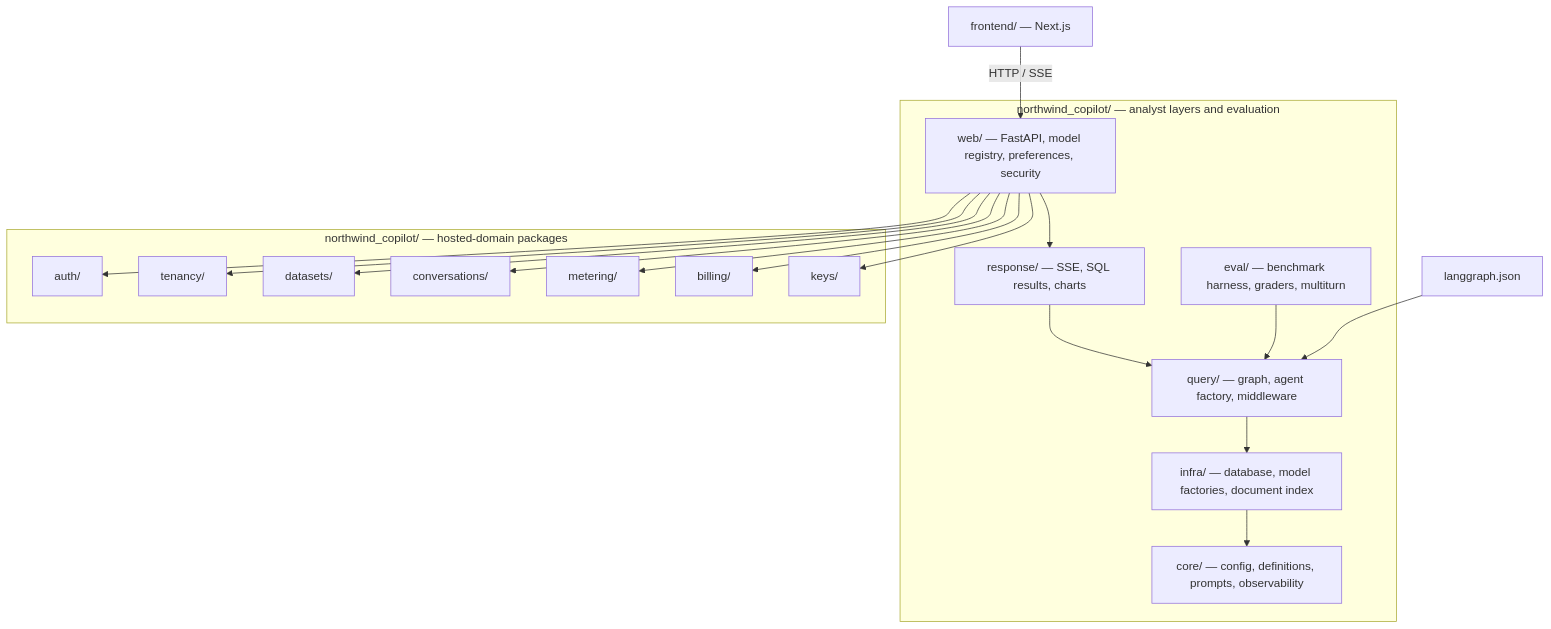
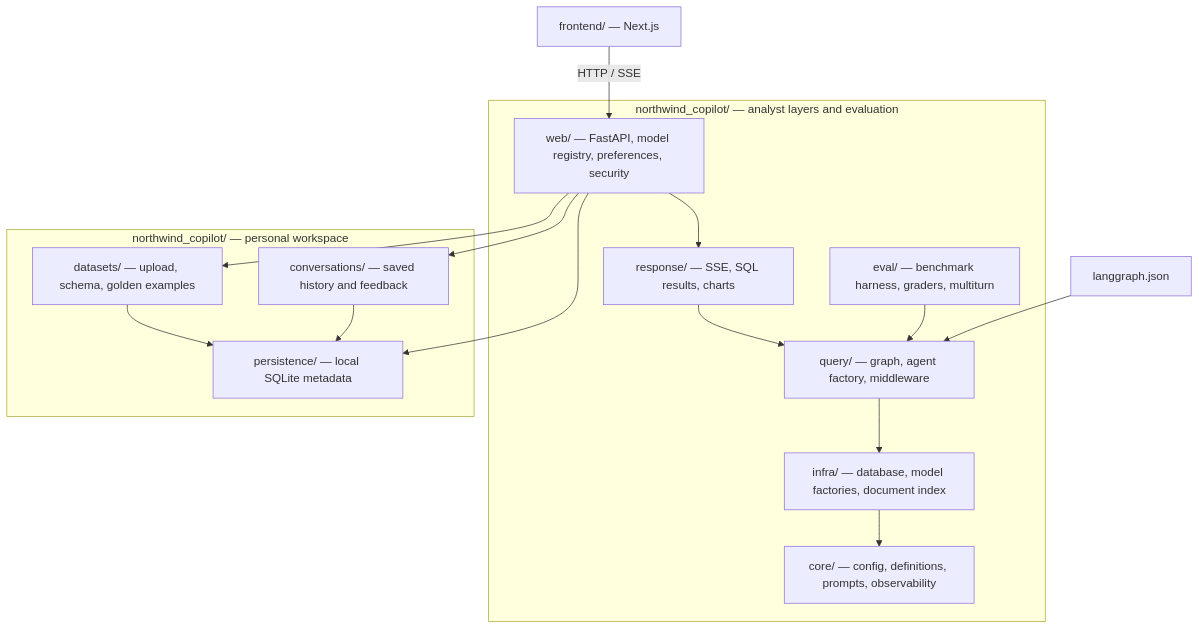
Before and after one commit to mostafa7arafa/northwind-copilot: the second of 2 diagrams in README.md, drawn with Mermaid. The commit also changed other lines of this file and 17 other files, not shown here.

````diff
--- a/README.md
+++ b/README.md
@@ -112,25 +113,23 @@
 ```mermaid
 flowchart TD
     subgraph analyst["northwind_copilot/ — analyst layers and evaluation"]
         web["web/ — FastAPI, model registry, preferences, security"]
         response["response/ — SSE, SQL results, charts"]
         query["query/ — graph, agent factory, middleware"]
         infra["infra/ — database, model factories, document index"]
         core["core/ — config, definitions, prompts, observability"]
         evaluation["eval/ — benchmark harness, graders, multiturn"]
         web --> response --> query --> infra --> core
         evaluation --> query
     end
-    subgraph hosted["northwind_copilot/ — hosted-domain packages"]
-        auth["auth/"]
-        tenancy["tenancy/"]
-        datasets["datasets/"]
-        conversations["conversations/"]
-        metering["metering/"]
-        billing["billing/"]
-        keys["keys/"]
+    subgraph workspace["northwind_copilot/ — personal workspace"]
+        datasets["datasets/ — upload, schema, golden examples"]
+        conversations["conversations/ — saved history and feedback"]
+        persistence["persistence/ — local SQLite metadata"]
+        datasets --> persistence
+        conversations --> persistence
     end
-    web --> auth & tenancy & datasets & conversations & metering & billing & keys
+    web --> datasets & conversations & persistence
     frontend["frontend/ — Next.js"] -->|HTTP / SSE| web
     langgraph["langgraph.json"] --> query
 ```
````
